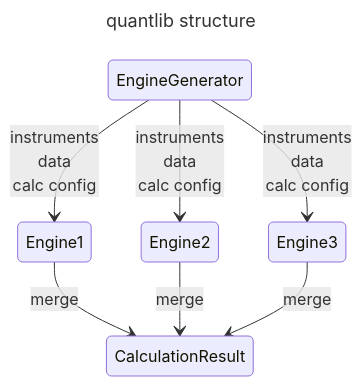
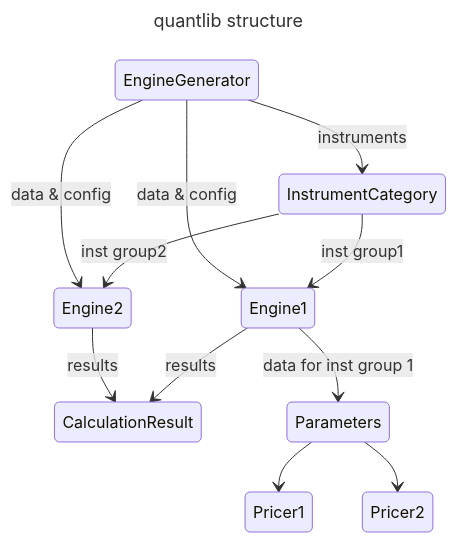
The diagram in README.md (JunbeomL22/trusted), drawn with Mermaid before and after one commit.

````diff
--- a/README.md
+++ b/README.md
@@ -30,12 +30,16 @@
 ```mermaid
 ---
 title: quantlib structure
 ---
 stateDiagram-v2
-    EngineGenerator --> Engine1: instruments <br> data <br> calc config
-    EngineGenerator --> Engine2: instruments <br> data <br> calc config
-    EngineGenerator --> Engine3: instruments <br> data <br> calc config
-    Engine1 --> CalculationResult: merge
-    Engine2 --> CalculationResult: merge
-    Engine3 --> CalculationResult: merge
+    EngineGenerator --> InstrumentCategory: instruments
+    InstrumentCategory --> Engine1: inst group1
+    InstrumentCategory --> Engine2: inst group2
+    EngineGenerator --> Engine1: data & config
+    EngineGenerator --> Engine2: data & config
+    Engine1 --> CalculationResult: results
+    Engine2 --> CalculationResult: results
+    Engine1 --> Parameters: data for inst group 1
+    Parameters --> Pricer1
+    Parameters --> Pricer2
 ```
````
